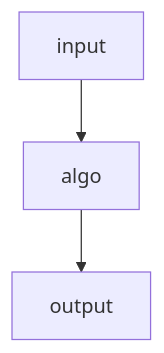
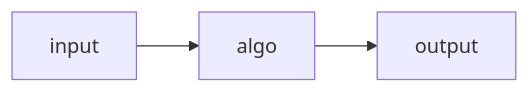
One commit to tommyprand/knowledge changed the diagram in Uni/Computability.md. Above: the diagram before and after it, drawn with Mermaid. The commit also changed other lines of this file and 2 other files, not shown here.

````diff
--- a/Uni/Computability.md
+++ b/Uni/Computability.md
@@ -6,5 +6,5 @@
 ```mermaid
-graph TD;
+graph LR;
 	input-->algo;
 	algo-->output;
 ```
````
